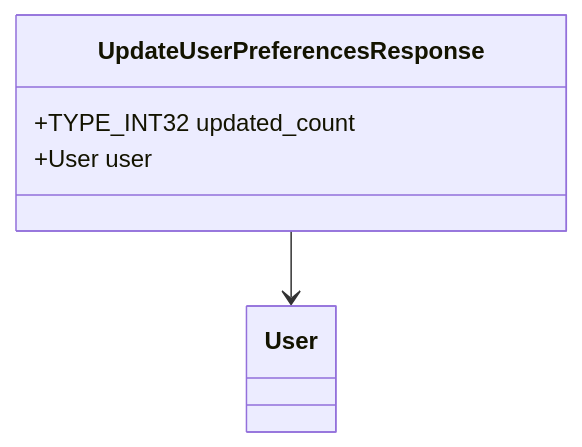
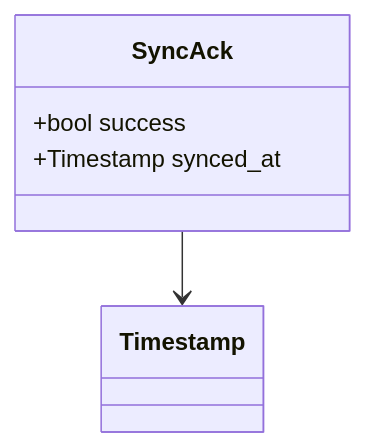
Diagram 42 of 47 in test-monorepo/docs/consolidated/UserService.md (kyivinua/root), drawn with Mermaid before and after one commit. The commit also changed other lines of this file and 5 other files, not shown here.

````diff
--- a/test-monorepo/docs/consolidated/UserService.md
+++ b/test-monorepo/docs/consolidated/UserService.md
@@ -1103,8 +2079,8 @@
 ```mermaid
 classDiagram
-    class UpdateUserPreferencesResponse {
-        +TYPE_INT32 updated_count
-        +User user
+    class SyncAck {
+        +bool success
+        +Timestamp synced_at
     }
-    UpdateUserPreferencesResponse --> User
+    SyncAck --> Timestamp
 ```
````
